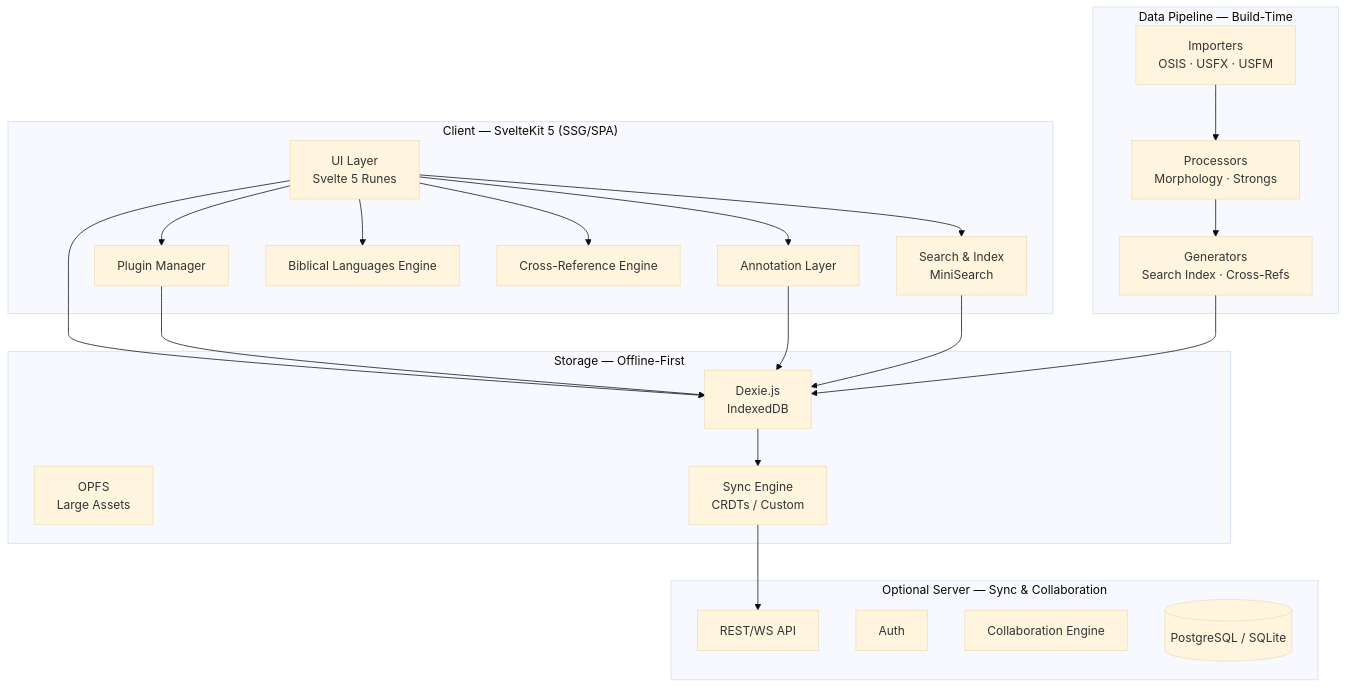
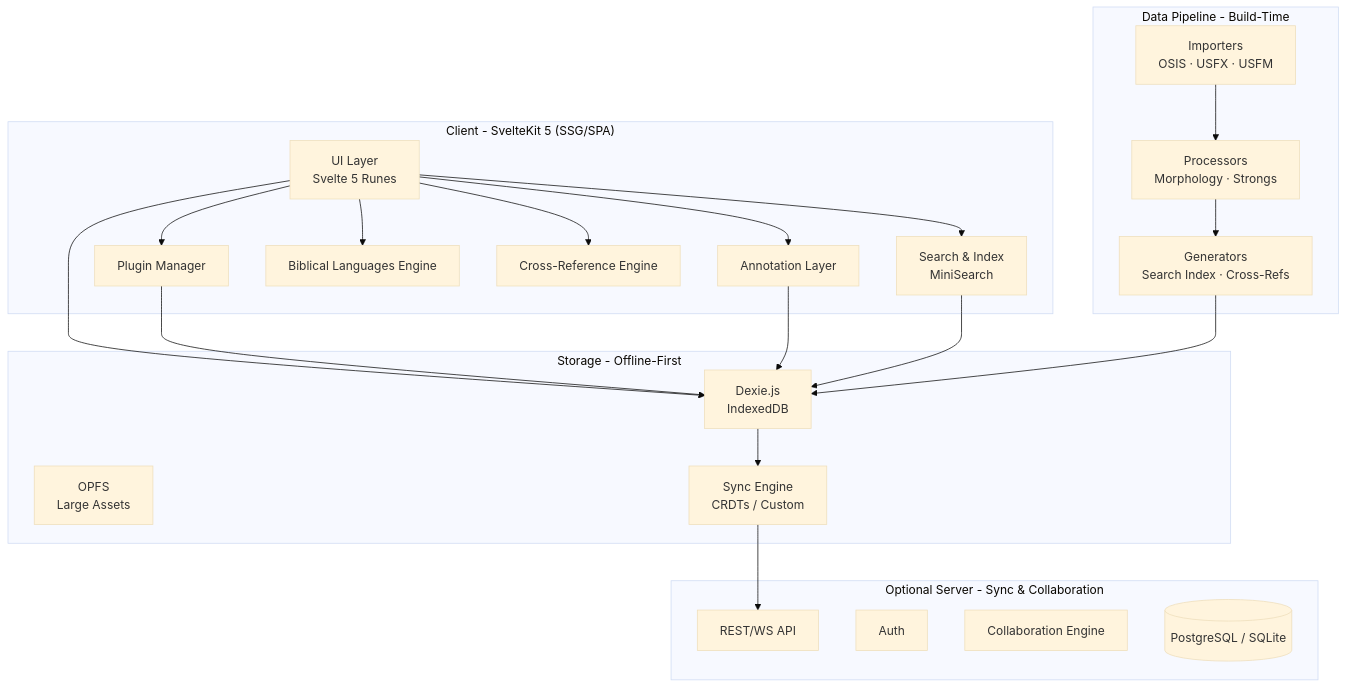
One commit to steveanil/codex-scriptura changed the first of 6 diagrams in docs/archive/working-notes/architecture.md. Above: the diagram before and after it, drawn with Mermaid (base theme). The commit also changed other lines of this file and 39 other files, not shown here.

````diff
--- a/docs/archive/working-notes/architecture.md
+++ b/docs/archive/working-notes/architecture.md
@@ -20,43 +20,43 @@
 ```mermaid
 graph TB
-    subgraph "Client — SvelteKit 5 (SSG/SPA)"
+    subgraph "Client - SvelteKit 5 (SSG/SPA)"
         UI[UI Layer<br/>Svelte 5 Runes]
         PM[Plugin Manager]
         AL[Annotation Layer]
         BLE[Biblical Languages Engine]
         XR[Cross-Reference Engine]
         SR[Search & Index<br/>MiniSearch]
     end
 
-    subgraph "Storage — Offline-First"
+    subgraph "Storage - Offline-First"
         DX[Dexie.js<br/>IndexedDB]
         FS[OPFS<br/>Large Assets]
         SYNC[Sync Engine<br/>CRDTs / Custom]
     end
 
-    subgraph "Data Pipeline — Build-Time"
+    subgraph "Data Pipeline - Build-Time"
         IMP[Importers<br/>OSIS · USFX · USFM]
         PROC[Processors<br/>Morphology · Strongs]
         GEN[Generators<br/>Search Index · Cross-Refs]
     end
 
-    subgraph "Optional Server — Sync & Collaboration"
+    subgraph "Optional Server - Sync & Collaboration"
         API[REST/WS API]
         AUTH[Auth]
         COLLAB[Collaboration Engine]
         DB[(PostgreSQL / SQLite)]
     end
 
     UI --> PM
     UI --> AL
     UI --> BLE
     UI --> XR
     UI --> SR
     UI --> DX
     PM --> DX
     AL --> DX
     SR --> DX
     DX --> SYNC
     SYNC --> API
     IMP --> PROC --> GEN --> DX
 ```
````
